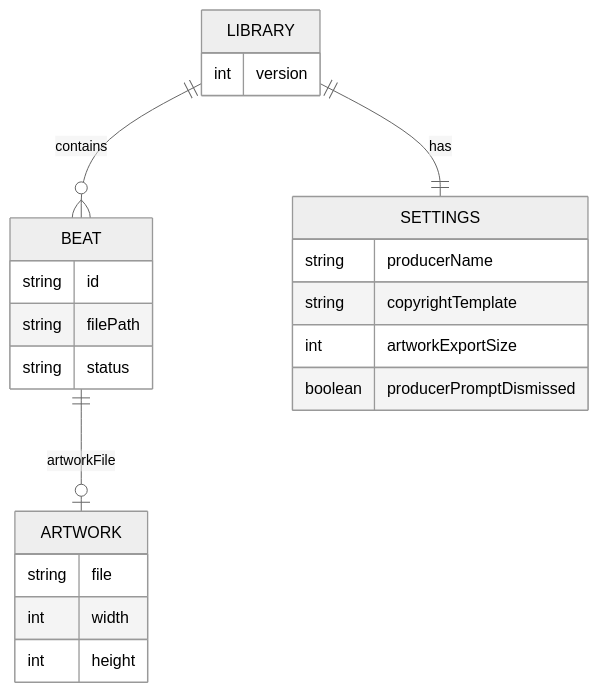
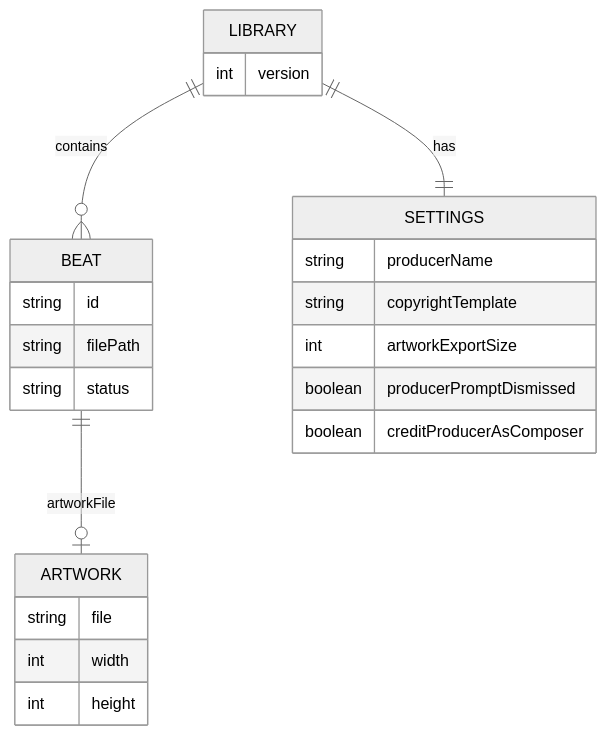
Before and after one commit to Awkward8787/awkbeats-prep-station: the second of 2 diagrams in docs/05-Backend-Schema.md, drawn with Mermaid (neutral theme). The commit also changed other lines of this file and 21 other files, not shown here.

````diff
--- a/docs/05-Backend-Schema.md
+++ b/docs/05-Backend-Schema.md
@@ -67,25 +67,26 @@
 ```mermaid
 erDiagram
   LIBRARY ||--o{ BEAT : contains
   LIBRARY ||--|| SETTINGS : has
   BEAT ||--o| ARTWORK : "artworkFile"
   LIBRARY {
     int version
   }
   BEAT {
     string id
     string filePath
     string status
   }
   SETTINGS {
     string producerName
     string copyrightTemplate
     int artworkExportSize
     boolean producerPromptDismissed
+    boolean creditProducerAsComposer
   }
   ARTWORK {
     string file
     int width
     int height
   }
 ```
````
